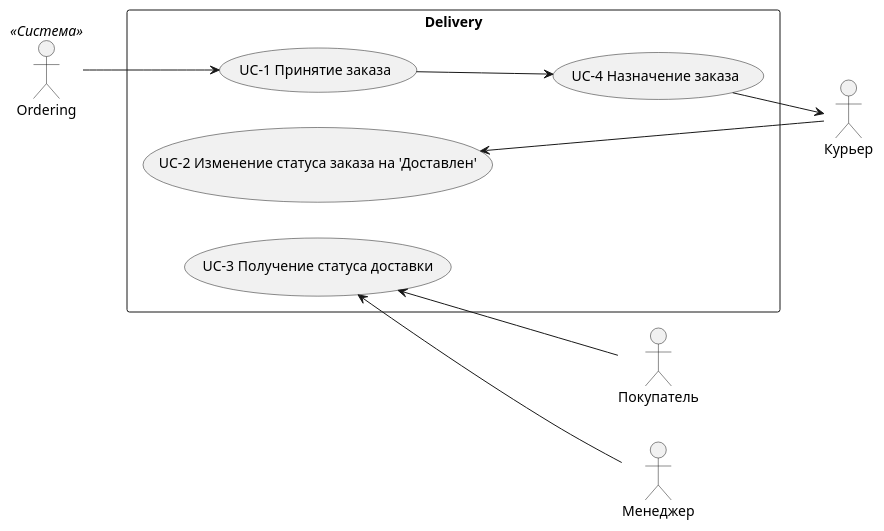
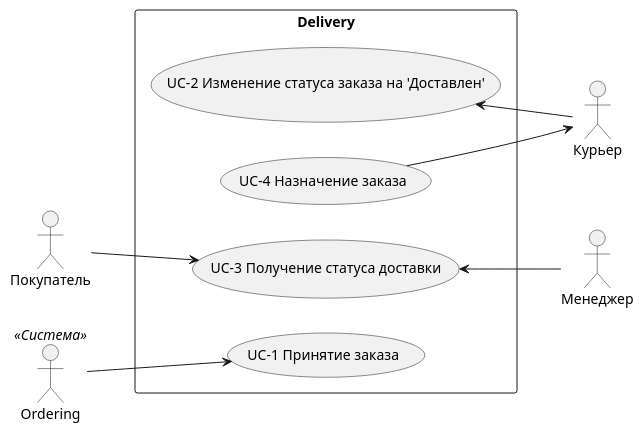
Before and after one commit to gerzhan/knigaexpert-system-design: the second of 2 diagrams in services/delivery/README.md, drawn with PlantUML. The commit also changed 1 other file, not shown here.

````diff
--- a/services/delivery/README.md
+++ b/services/delivery/README.md
@@ -54,31 +54,31 @@
 ```plantuml
 left to right direction
 skinparam packageStyle rectangle
 
 actor Покупатель as client
 actor Менеджер as manager
 actor Курьер as courier
 actor Ordering as ordering << Система >>
 
 rectangle Delivery {
-  usecase (UC-1 Принятие заказа) as UC2
-  usecase (UC-2 Изменение статуса заказа на 'Доставлен') as UC4
-  usecase (UC-3 Получение статуса доставки) as UC1
-  usecase (UC-4 Назначение заказа) as UC3
+  usecase (UC-1 Принятие заказа) as UC1
+  usecase (UC-2 Изменение статуса заказа на 'Доставлен') as UC2
+  usecase (UC-3 Получение статуса доставки) as UC3
+  usecase (UC-4 Назначение заказа) as UC4
   
 
   url of UC1 is [[use-cases/uc-1.md]]
   url of UC2 is [[use-cases/uc-2.md]]
   url of UC3 is [[use-cases/uc-3.md]]
   url of UC4 is [[use-cases/uc-4.md]]
 }
 
-ordering -->UC2
+ordering --> UC1
 
-UC1 <-- client 
-UC1 <--manager
-UC2 --> UC3
+UC2 <-- courier
+UC4 --> courier
 
-UC3 -->courier
-UC4 <--courier
+client --> UC3 
+
+UC3 <--manager
 ```
````
